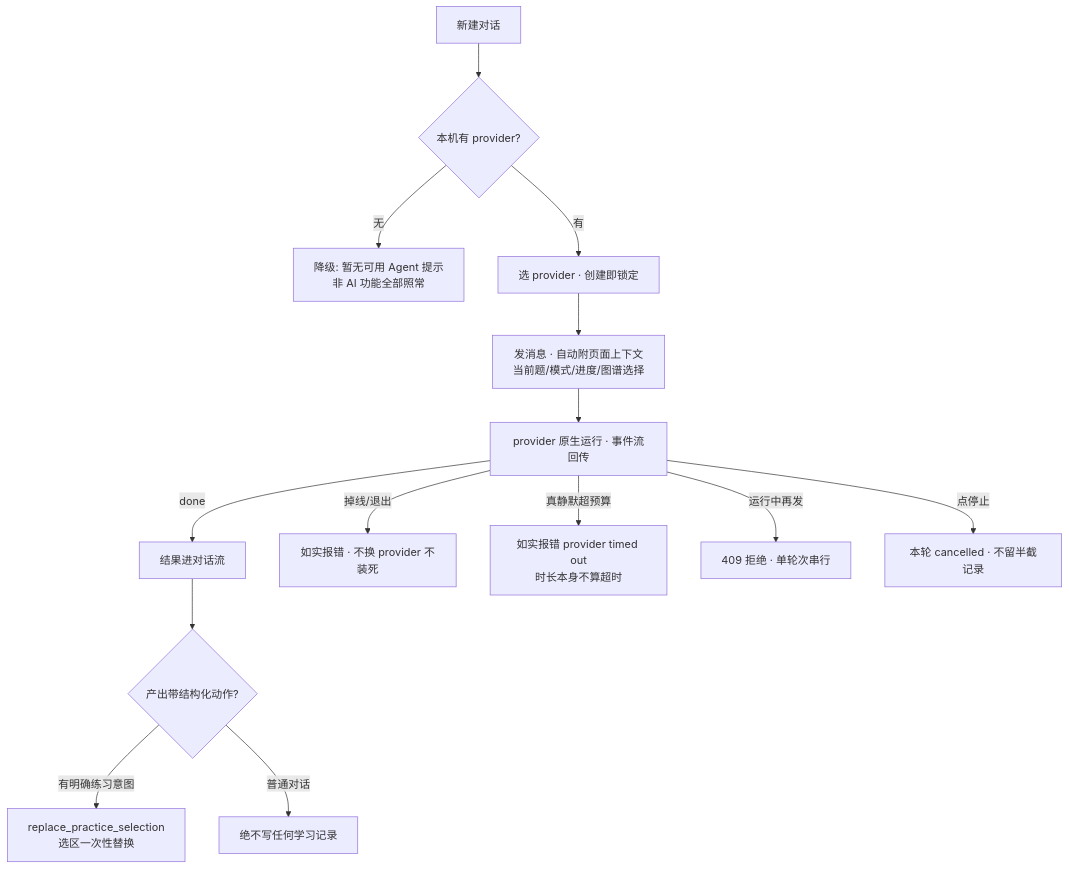
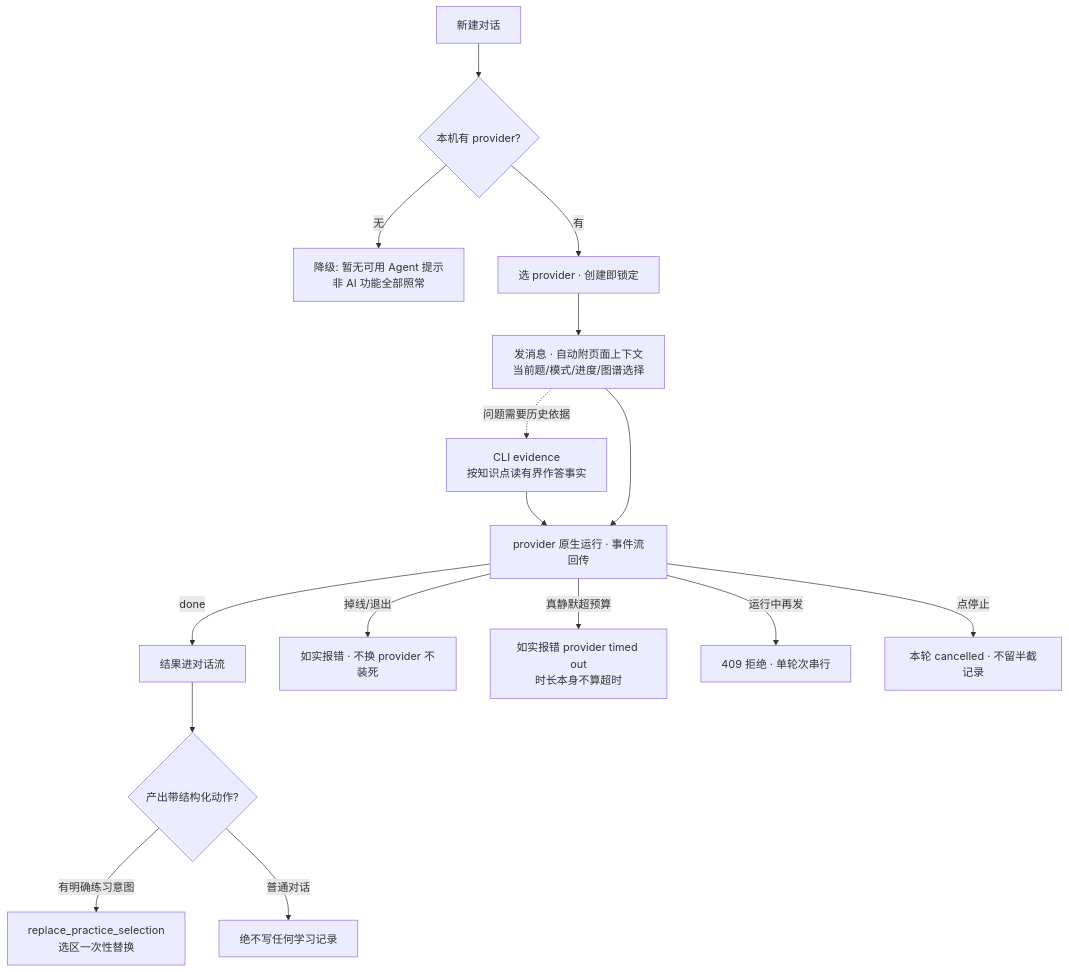
Before and after one commit to Amazinnn/Lesson-Kit: the fourth of 9 diagrams in docs/action-graph/L4-workflows.md, drawn with Mermaid. The commit also changed 11 other files, not shown here.

````diff
--- a/docs/action-graph/L4-workflows.md
+++ b/docs/action-graph/L4-workflows.md
@@ -101,16 +101,18 @@
 ```mermaid
 flowchart TD
   A[新建对话] --> B{本机有 provider?}
   B -- 无 --> Z1[降级: 暂无可用 Agent 提示<br/>非 AI 功能全部照常]
   B -- 有 --> C[选 provider · 创建即锁定]
   C --> D[发消息 · 自动附页面上下文<br/>当前题/模式/进度/图谱选择]
+  D -. 问题需要历史依据 .-> D1[CLI evidence<br/>按知识点读有界作答事实]
+  D1 --> E
   D --> E[provider 原生运行 · 事件流回传]
   E -- done --> F[结果进对话流]
   E -- 掉线/退出 --> F1[如实报错 · 不换 provider 不装死]
   E -- 真静默超预算 --> F4[如实报错 provider timed out<br/>时长本身不算超时]
   E -- 运行中再发 --> F2[409 拒绝 · 单轮次串行]
   E -- 点停止 --> F3[本轮 cancelled · 不留半截记录]
   F --> G{产出带结构化动作?}
   G -- 有明确练习意图 --> H[replace_practice_selection<br/>选区一次性替换]
   G -- 普通对话 --> I[绝不写任何学习记录]
 ```
````
